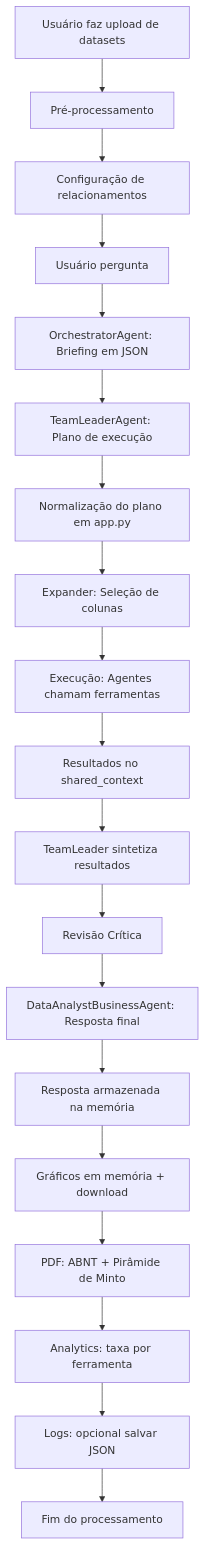
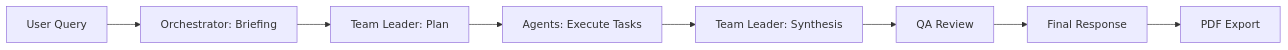
One commit to Benrebello/Autonomous_Data_Consulting changed the first of 2 diagrams in README.md. Above: the diagram before and after it, drawn with Mermaid. The commit also changed other lines of this file and 59 other files, not shown here.

````diff
--- a/README.md
+++ b/README.md
@@ -128,21 +96,10 @@
 ```mermaid
-flowchart TD
-    A[Usuário faz upload de datasets] --> B[Pré-processamento]
-    B --> C[Configuração de relacionamentos]
-    C --> D[Usuário pergunta]
-    D --> E[OrchestratorAgent: Briefing em JSON]
-    E --> F[TeamLeaderAgent: Plano de execução]
-    F --> G[Normalização do plano em app.py]
-    G --> H[Expander: Seleção de colunas]
-    H --> I[Execução: Agentes chamam ferramentas]
-    I --> J[Resultados no shared_context]
-    J --> K[TeamLeader sintetiza resultados]
-    K --> L[Revisão Crítica]
-    L --> M[DataAnalystBusinessAgent: Resposta final]
-    M --> N[Resposta armazenada na memória]
-    N --> O[Gráficos em memória + download]
-    O --> P[PDF: ABNT + Pirâmide de Minto]
-    P --> Q[Analytics: taxa por ferramenta]
-    Q --> R[Logs: opcional salvar JSON]
-    R --> S[Fim do processamento]
+flowchart LR
+    A[User Query] --> B[Orchestrator: Briefing]
+    B --> C[Team Leader: Plan]
+    C --> D[Agents: Execute Tasks]
+    D --> E[Team Leader: Synthesis]
+    E --> F[QA Review]
+    F --> G[Final Response]
+    G --> H[PDF Export]
 ```
````
